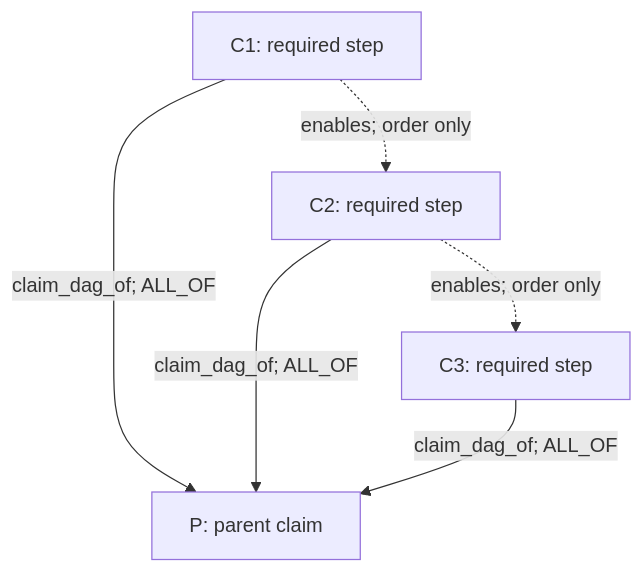
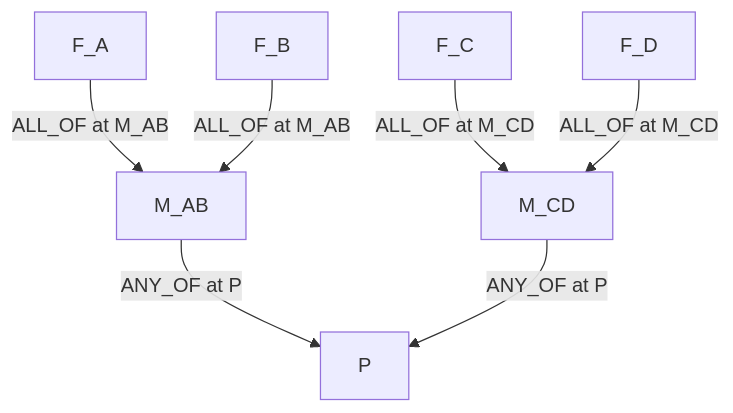
One commit to eliannaqk/bioKG changed the second of 7 diagrams in CLAIM_OBJECT_MECHANISM_DAG_EXAMPLES.md. Above: the diagram before and after it, drawn with Mermaid. The commit also changed other lines of this file and 9 other files, not shown here.

Commit message:
Define claim decomposition DAG architecture

````diff
--- a/CLAIM_OBJECT_MECHANISM_DAG_EXAMPLES.md
+++ b/CLAIM_OBJECT_MECHANISM_DAG_EXAMPLES.md
@@ -165,13 +167,17 @@
 ```mermaid
 flowchart TD
-  P["P: parent claim"]
-  C1["C1: required step"]
-  C2["C2: required step"]
-  C3["C3: required step"]
+  P["P"]
+  MAB["M_AB"]
+  MCD["M_CD"]
+  A["F_A"]
+  B["F_B"]
+  C["F_C"]
+  D["F_D"]
 
-  C1 -- "claim_dag_of; ALL_OF" --> P
-  C2 -- "claim_dag_of; ALL_OF" --> P
-  C3 -- "claim_dag_of; ALL_OF" --> P
-  C1 -. "enables; order only" .-> C2
-  C2 -. "enables; order only" .-> C3
+  MAB -- "ANY_OF at P" --> P
+  MCD -- "ANY_OF at P" --> P
+  A -- "ALL_OF at M_AB" --> MAB
+  B -- "ALL_OF at M_AB" --> MAB
+  C -- "ALL_OF at M_CD" --> MCD
+  D -- "ALL_OF at M_CD" --> MCD
 ```
````
